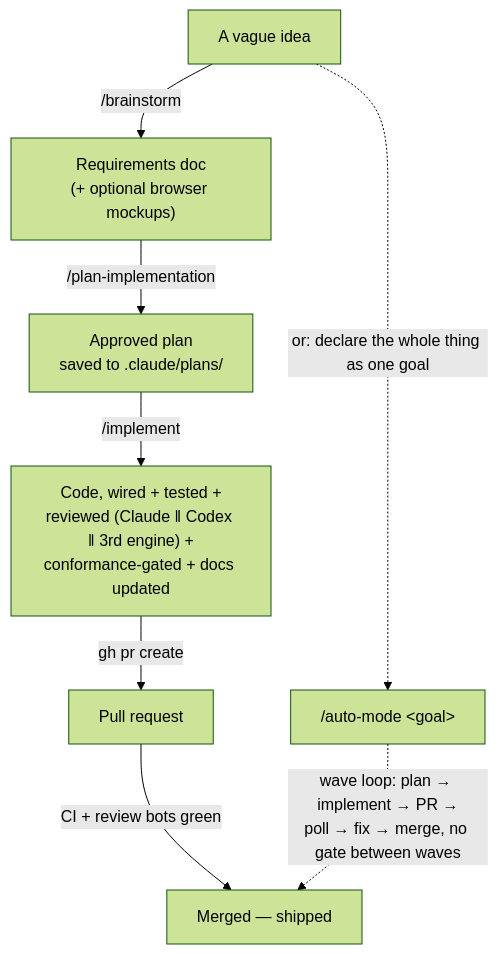
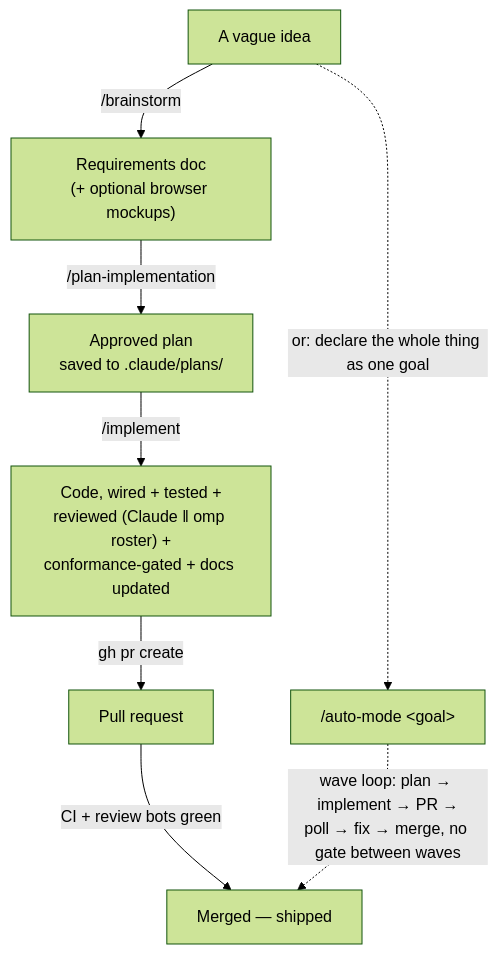
One commit to nodera-studio/agent-os changed the second of 2 diagrams in README.md. Above: the diagram before and after it, drawn with Mermaid (forest theme). The commit also changed other lines of this file and 6 other files, not shown here.

First line of the commit message:
Document the engine strategy and the owner-run omp setup

````diff
--- a/README.md
+++ b/README.md
@@ -123,11 +124,11 @@
 ```mermaid
 flowchart TD
     IDEA["A vague idea"] -->|"/brainstorm"| REQ["Requirements doc<br/>(+ optional browser mockups)"]
     REQ -->|"/plan-implementation"| PLAN["Approved plan<br/>saved to .claude/plans/"]
-    PLAN -->|"/implement"| CODE["Code, wired + tested +<br/>reviewed (Claude ‖ Codex ‖ 3rd engine) +<br/>conformance-gated + docs updated"]
+    PLAN -->|"/implement"| CODE["Code, wired + tested +<br/>reviewed (Claude ‖ omp roster) +<br/>conformance-gated + docs updated"]
     CODE -->|"gh pr create"| PR["Pull request"]
     PR -->|"CI + review bots green"| SHIP["Merged — shipped"]
 
     IDEA -.->|"or: declare the whole thing as one goal"| GOAL["/auto-mode &lt;goal&gt;"]
     GOAL -.->|"wave loop: plan → implement → PR →<br/>poll → fix → merge, no gate between waves"| SHIP
 ```
````
